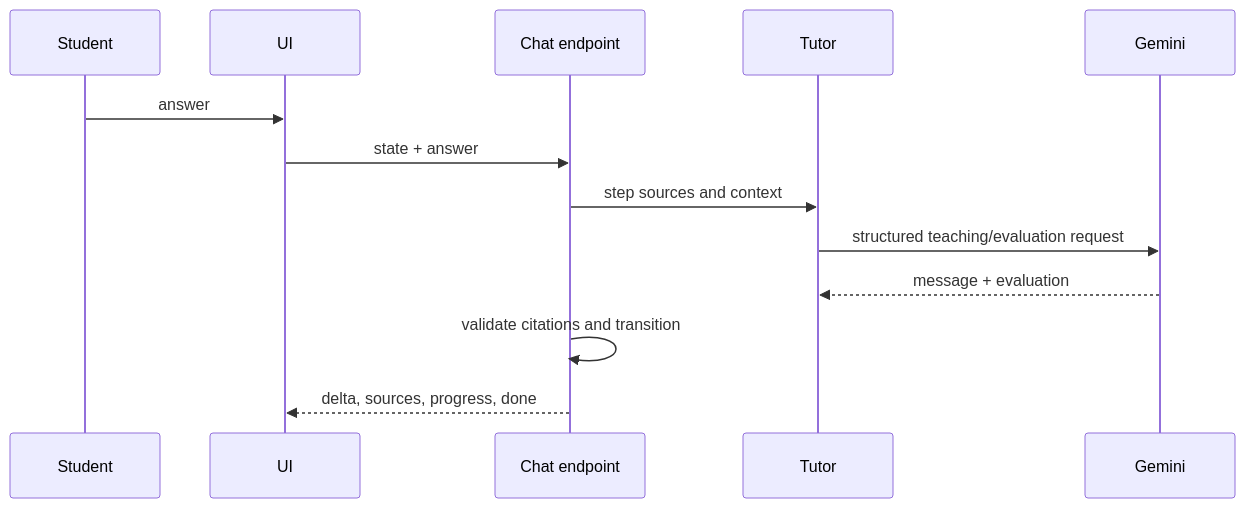
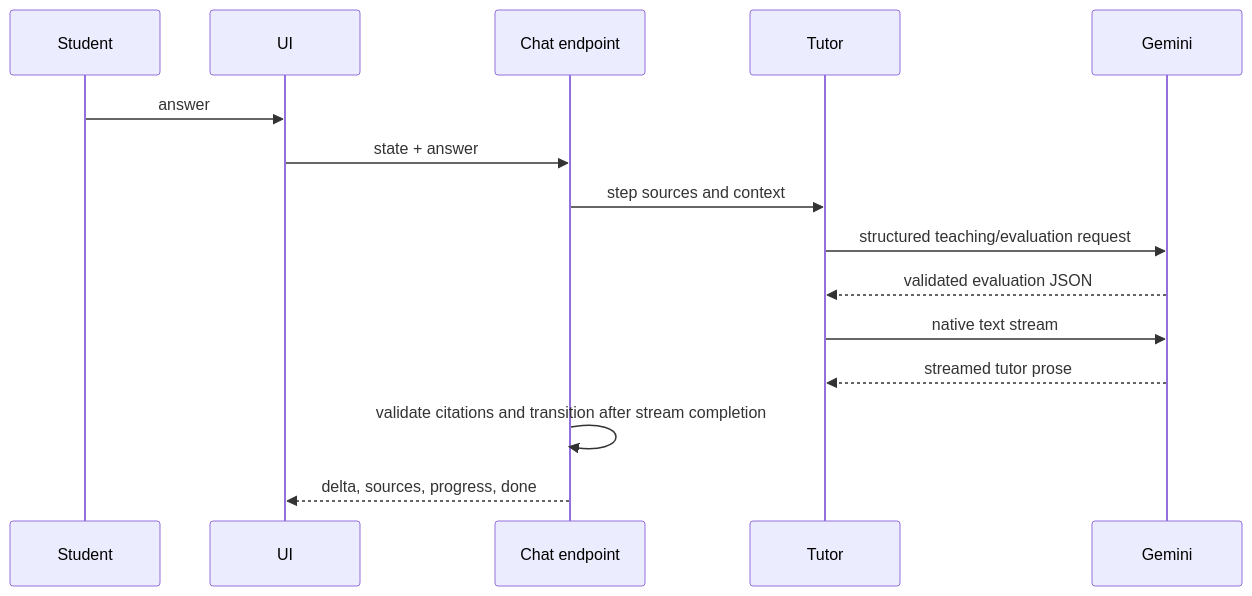
One commit to asafzenou/TeachFlowAI changed the fifth of 7 diagrams in backend/ARCHITECTURE.md. Above: the diagram before and after it, drawn with Mermaid. The commit also changed other lines of this file and 14 other files, not shown here.

````diff
--- a/backend/ARCHITECTURE.md
+++ b/backend/ARCHITECTURE.md
@@ -94,15 +94,17 @@
 ```mermaid
 sequenceDiagram
   participant Student
   participant UI
   participant API as Chat endpoint
   participant Tutor
   participant Gemini
   Student->>UI: answer
   UI->>API: state + answer
   API->>Tutor: step sources and context
   Tutor->>Gemini: structured teaching/evaluation request
-  Gemini-->>Tutor: message + evaluation
-  API->>API: validate citations and transition
+  Gemini-->>Tutor: validated evaluation JSON
+  Tutor->>Gemini: native text stream
+  Gemini-->>Tutor: streamed tutor prose
+  API->>API: validate citations and transition after stream completion
   API-->>UI: delta, sources, progress, done
 ```
````
